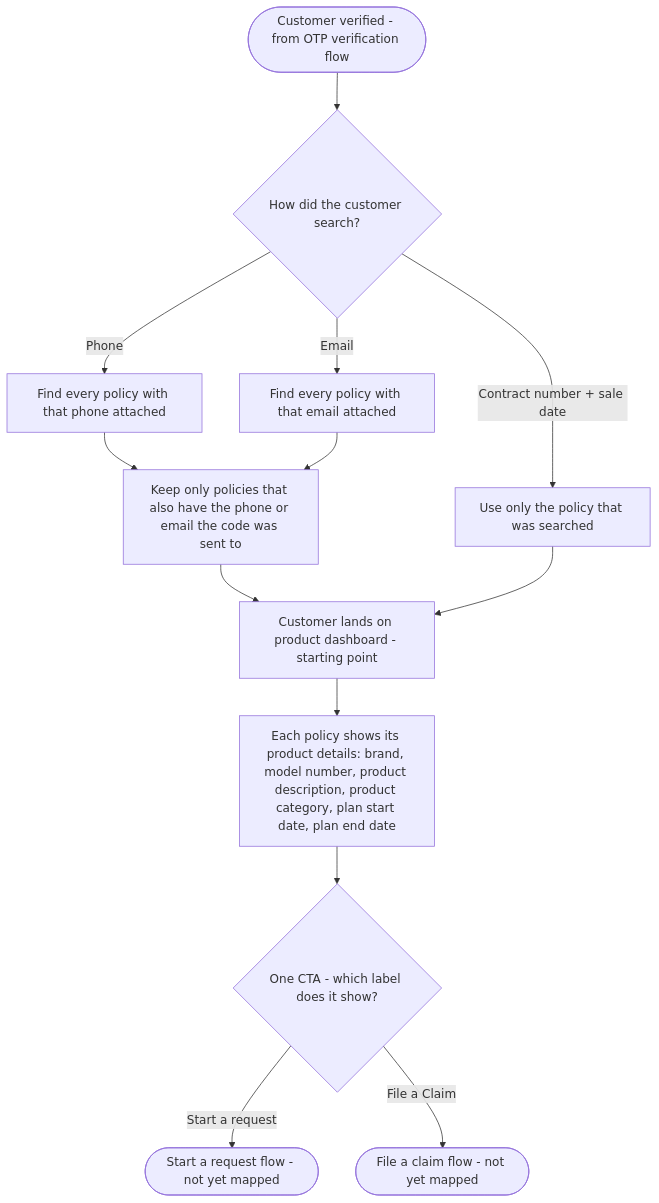
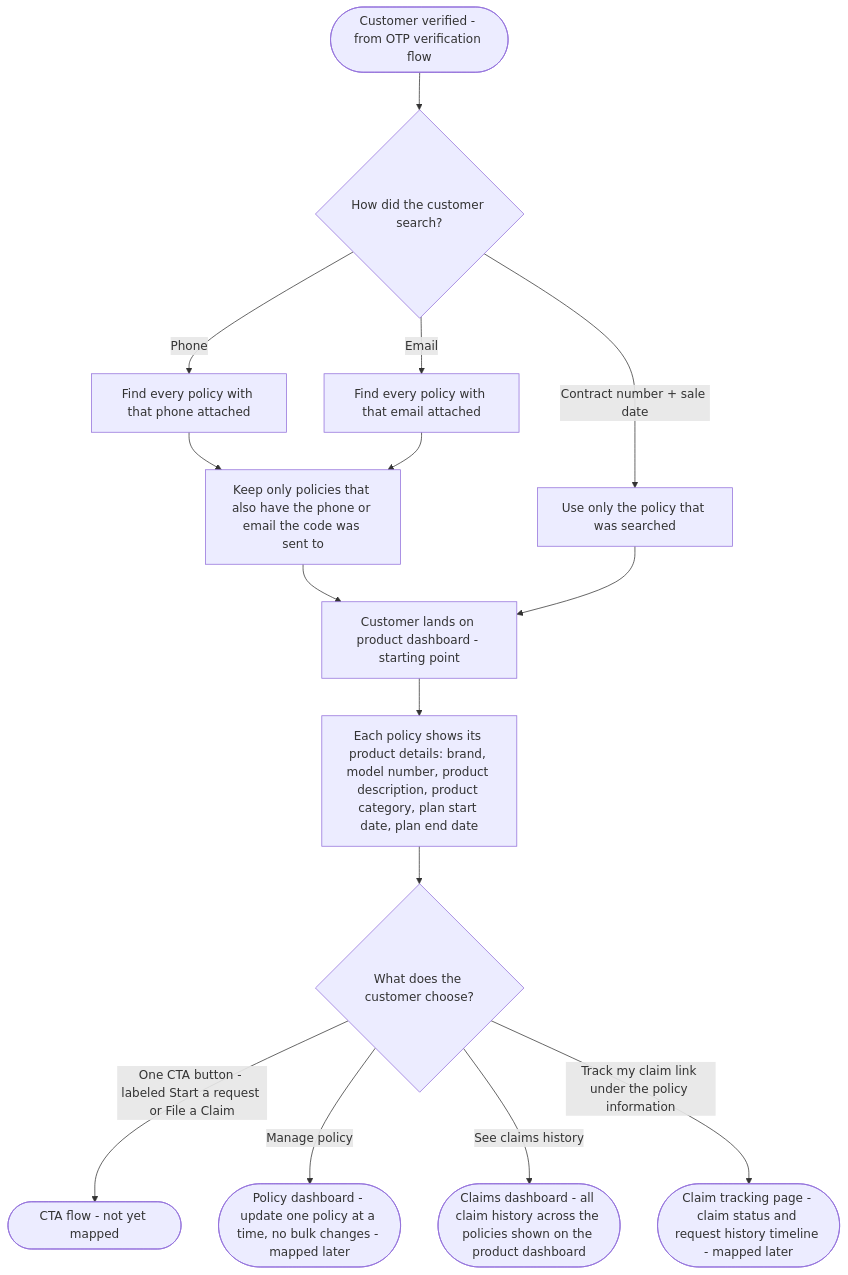
One commit to prqueen90-collab/journey-diagrams changed the diagram in docs/flows/04-policy-access.md. Above: the diagram before and after it, drawn with Mermaid. The commit also changed other lines of this file, not shown here.

Commit message:
Flow 4: dashboard choices - CTA, manage policy, claims history, track my claim
Claude-Session: https://claude.ai/code/session_019K1gMRqgFEv9D5YEyEPSqx

````diff
--- a/docs/flows/04-policy-access.md
+++ b/docs/flows/04-policy-access.md
@@ -8,15 +8,17 @@
 ```mermaid
 flowchart TD
     A([Customer verified - from OTP verification flow]) --> B{How did the customer search?}
     B -->|Phone| C[Find every policy with that phone attached]
     B -->|Email| D[Find every policy with that email attached]
     B -->|Contract number + sale date| E[Use only the policy that was searched]
     C --> V[Keep only policies that also have the phone or email the code was sent to]
     D --> V
     V --> F[Customer lands on product dashboard - starting point]
     E --> F
     F --> G[Each policy shows its product details: brand, model number, product description, product category, plan start date, plan end date]
-    G --> H{One CTA - which label does it show?}
-    H -->|Start a request| I([Start a request flow - not yet mapped])
-    H -->|File a Claim| J([File a claim flow - not yet mapped])
+    G --> H{What does the customer choose?}
+    H -->|One CTA button - labeled Start a request or File a Claim| I([CTA flow - not yet mapped])
+    H -->|Manage policy| J([Policy dashboard - update one policy at a time, no bulk changes - mapped later])
+    H -->|See claims history| K([Claims dashboard - all claim history across the policies shown on the product dashboard])
+    H -->|Track my claim link under the policy information| L([Claim tracking page - claim status and request history timeline - mapped later])
 ```
````
